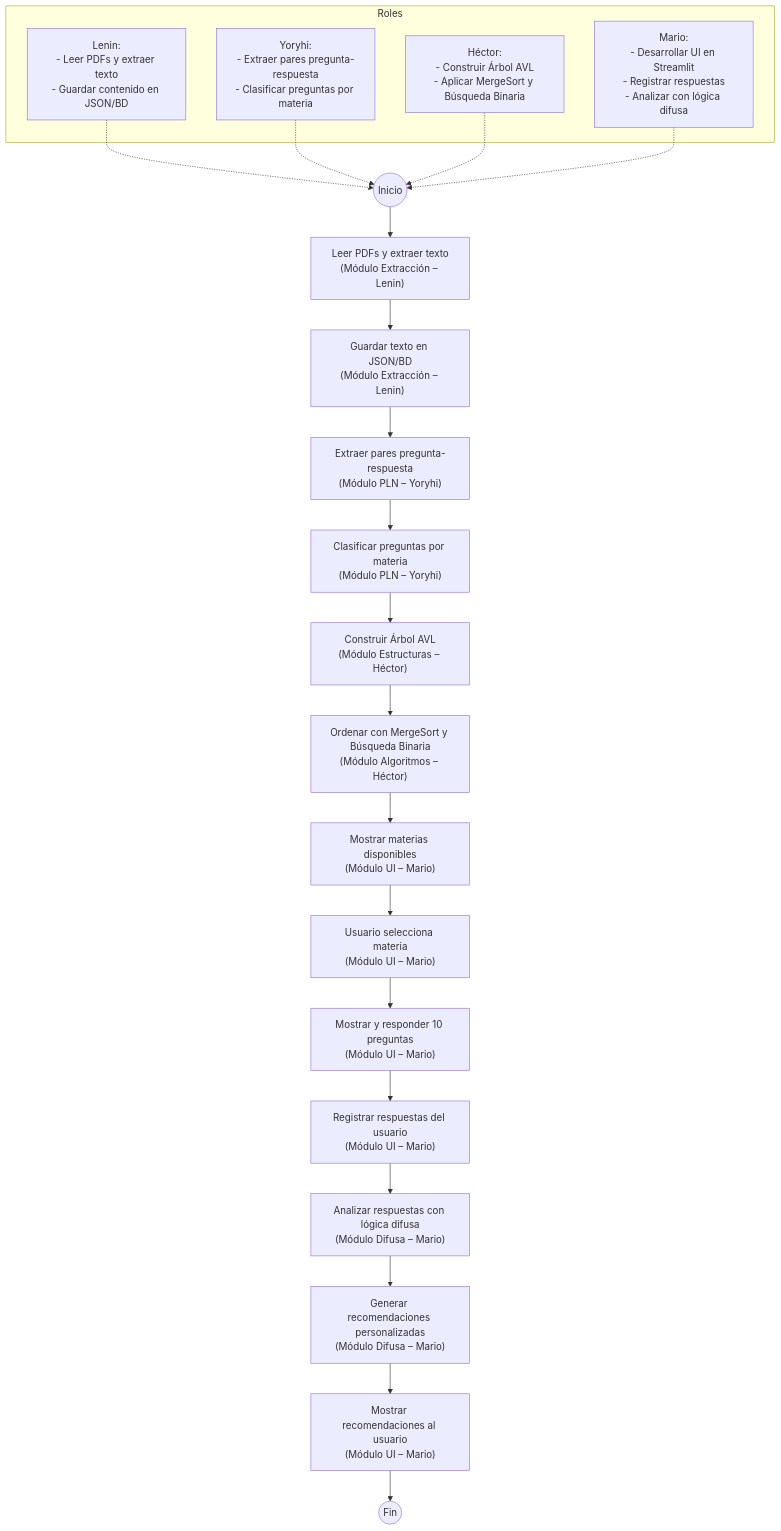
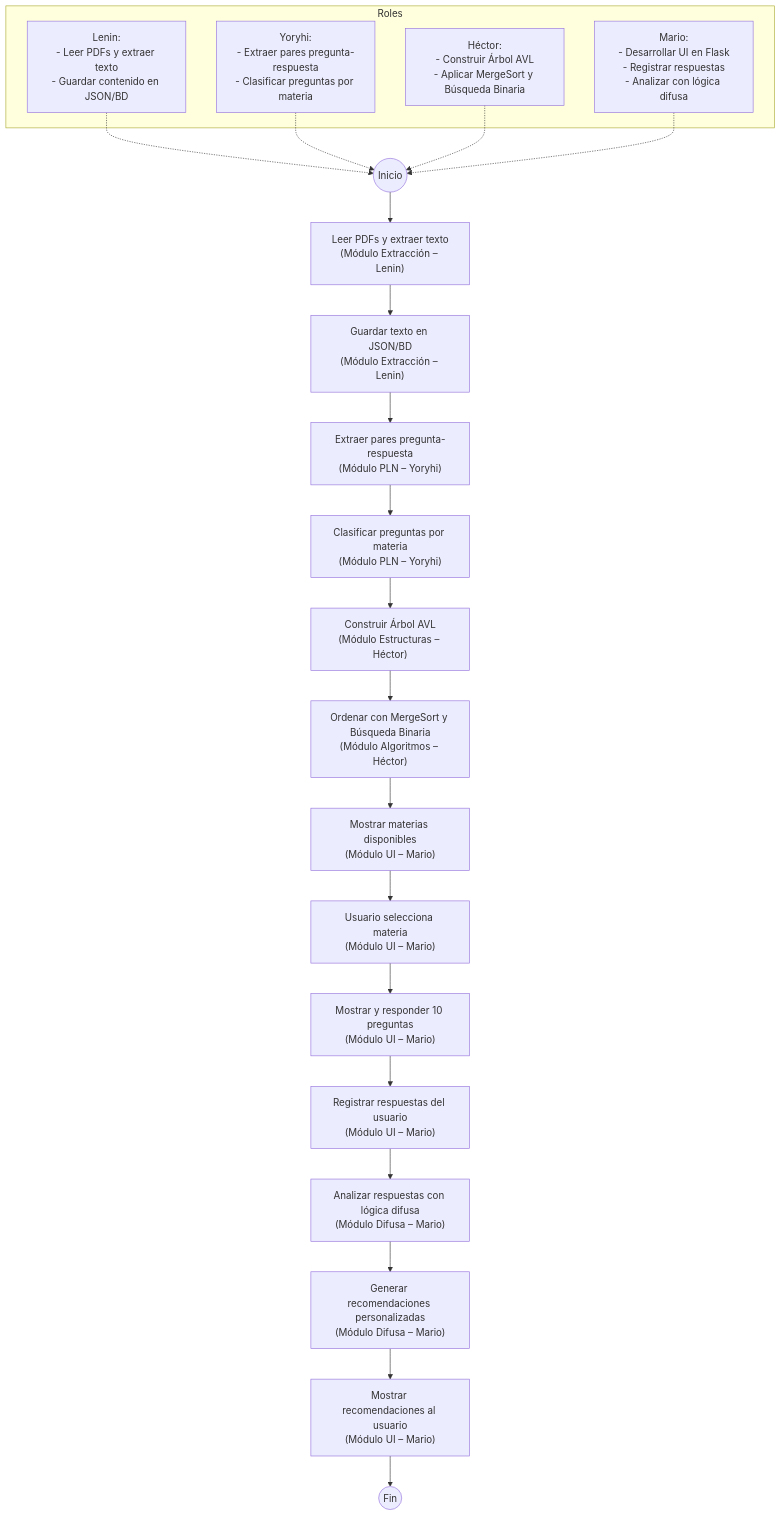
Before and after one commit to RosariosTijeras/fuzzmap: the diagram in README.md, drawn with Mermaid. The commit also changed other lines of this file, not shown here.

````diff
--- a/README.md
+++ b/README.md
@@ -55,51 +55,51 @@
 ```mermaid
 flowchart TD
   subgraph Roles
     R1["Lenin:
 - Leer PDFs y extraer texto
 - Guardar contenido en JSON/BD"]
     R2["Yoryhi:
 - Extraer pares pregunta-respuesta
 - Clasificar preguntas por materia"]
     R3["Héctor:
 - Construir Árbol AVL
 - Aplicar MergeSort y Búsqueda Binaria"]
     R4["Mario:
-- Desarrollar UI en Streamlit
+- Desarrollar UI en Flask
 - Registrar respuestas
 - Analizar con lógica difusa"]
   end
 
   R1 -.-> Start
   R2 -.-> Start
   R3 -.-> Start
   R4 -.-> Start
 
   Start((Inicio)) --> A["Leer PDFs y extraer texto
 (Módulo Extracción – Lenin)"]
   A --> B["Guardar texto en JSON/BD
 (Módulo Extracción – Lenin)"]
   B --> C["Extraer pares pregunta-respuesta
 (Módulo PLN – Yoryhi)"]
   C --> D["Clasificar preguntas por materia
 (Módulo PLN – Yoryhi)"]
   D --> E["Construir Árbol AVL
 (Módulo Estructuras – Héctor)"]
   E --> F["Ordenar con MergeSort y Búsqueda Binaria
 (Módulo Algoritmos – Héctor)"]
   F --> G["Mostrar materias disponibles
 (Módulo UI – Mario)"]
   G --> H["Usuario selecciona materia
 (Módulo UI – Mario)"]
   H --> I["Mostrar y responder 10 preguntas
 (Módulo UI – Mario)"]
   I --> J["Registrar respuestas del usuario
 (Módulo UI – Mario)"]
   J --> K["Analizar respuestas con lógica difusa
 (Módulo Difusa – Mario)"]
   K --> L["Generar recomendaciones personalizadas
 (Módulo Difusa – Mario)"]
   L --> M["Mostrar recomendaciones al usuario
 (Módulo UI – Mario)"]
   M --> End((Fin))
 ```
````
